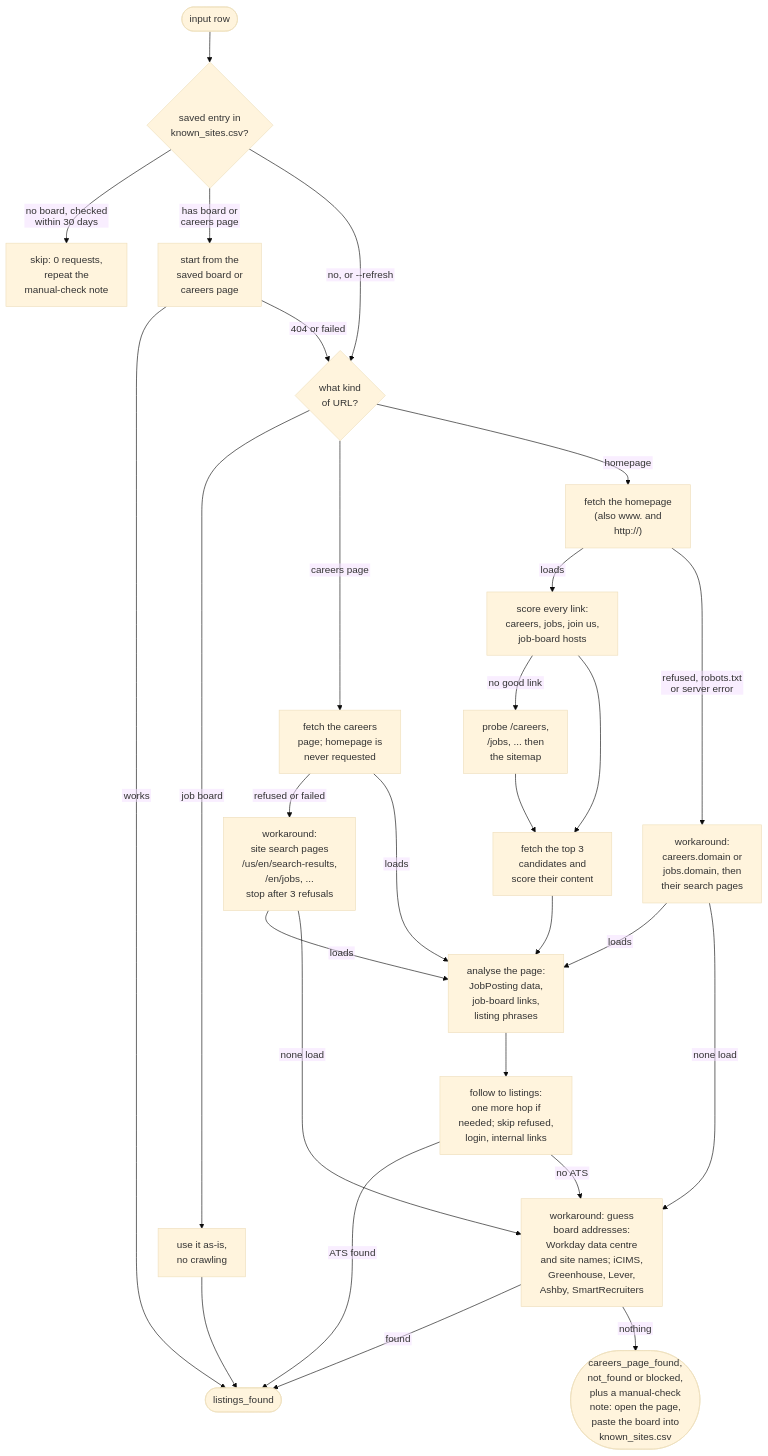
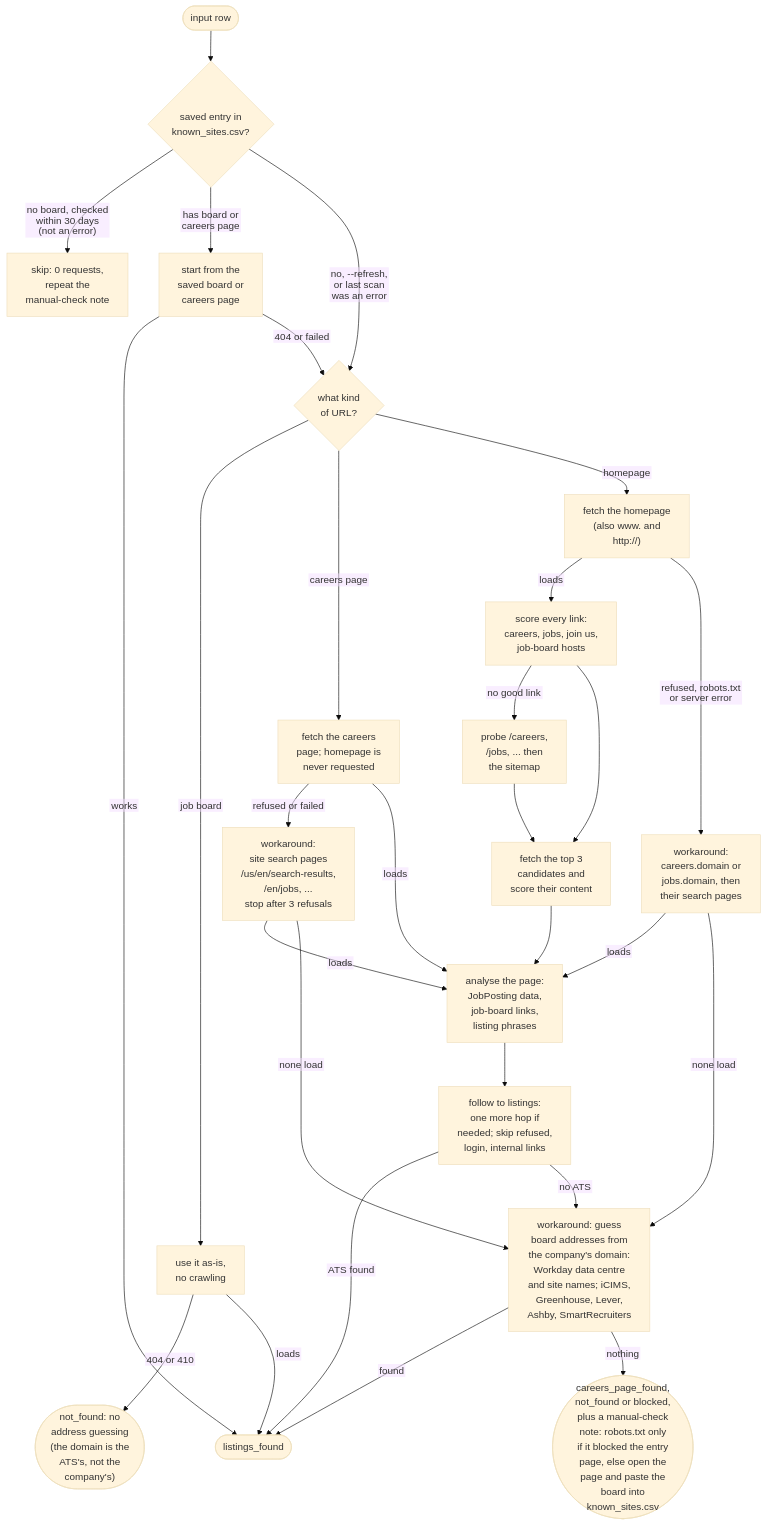
The second of 7 diagrams in ARCHITECTURE.md (gonzalou77/career-sifter), drawn with Mermaid (base theme) before and after one commit. The commit also changed other lines of this file and 10 other files, not shown here.

First line of the commit message:
Fix K-suffix pay ranges, ATS-domain board guessing, false closures, misleading robots note

````diff
--- a/ARCHITECTURE.md
+++ b/ARCHITECTURE.md
@@ -55,36 +55,37 @@
 ```mermaid
 %%{init: {"flowchart": {"htmlLabels": false}} }%%
 flowchart TD
     start(["input row"]) --> saved{"saved entry in<br/>known_sites.csv?"}
-    saved -->|"no board, checked<br/>within 30 days"| skip["skip: 0 requests,<br/>repeat the<br/>manual-check note"]
+    saved -->|"no board, checked<br/>within 30 days<br/>(not an error)"| skip["skip: 0 requests,<br/>repeat the<br/>manual-check note"]
     saved -->|"has board or<br/>careers page"| useSaved["start from the<br/>saved board or<br/>careers page"]
-    saved -->|"no, or --refresh"| kind{"what kind<br/>of URL?"}
+    saved -->|"no, --refresh,<br/>or last scan<br/>was an error"| kind{"what kind<br/>of URL?"}
     useSaved -->|works| done
     useSaved -->|"404 or failed"| kind
 
     kind -->|"job board"| board["use it as-is,<br/>no crawling"]
+    board -->|"404 or 410"| deadBoard(["not_found: no<br/>address guessing<br/>(the domain is the<br/>ATS's, not the<br/>company's)"])
     kind -->|"careers page"| careers["fetch the careers<br/>page; homepage is<br/>never requested"]
     kind -->|homepage| home["fetch the homepage<br/>(also www. and<br/>http://)"]
 
     careers -->|"refused or failed"| search["workaround:<br/>site search pages<br/>/us/en/search-results,<br/>/en/jobs, ...<br/>stop after 3 refusals"]
     search -->|loads| analyse
     search -->|"none load"| probe
     careers -->|loads| analyse
 
     home -->|loads| links["score every link:<br/>careers, jobs, join us,<br/>job-board hosts"]
     home -->|"refused, robots.txt<br/>or server error"| sub["workaround:<br/>careers.domain or<br/>jobs.domain, then<br/>their search pages"]
     sub -->|loads| analyse
     sub -->|"none load"| probe
     links -->|"no good link"| paths["probe /careers,<br/>/jobs, ... then<br/>the sitemap"]
     links --> verify["fetch the top 3<br/>candidates and<br/>score their content"]
     paths --> verify
     verify --> analyse["analyse the page:<br/>JobPosting data,<br/>job-board links,<br/>listing phrases"]
     analyse --> listings["follow to listings:<br/>one more hop if<br/>needed; skip refused,<br/>login, internal links"]
     listings -->|"ATS found"| done(["listings_found"])
     listings -->|"no ATS"| probe
 
-    probe["workaround: guess<br/>board addresses:<br/>Workday data centre<br/>and site names; iCIMS,<br/>Greenhouse, Lever,<br/>Ashby, SmartRecruiters"]
+    probe["workaround: guess<br/>board addresses from<br/>the company's domain:<br/>Workday data centre<br/>and site names; iCIMS,<br/>Greenhouse, Lever,<br/>Ashby, SmartRecruiters"]
     probe -->|found| done
-    probe -->|nothing| manual(["careers_page_found,<br/>not_found or blocked,<br/>plus a manual-check<br/>note: open the page,<br/>paste the board into<br/>known_sites.csv"])
-    board --> done
+    probe -->|nothing| manual(["careers_page_found,<br/>not_found or blocked,<br/>plus a manual-check<br/>note: robots.txt only<br/>if it blocked the entry<br/>page, else open the<br/>page and paste the<br/>board into<br/>known_sites.csv"])
+    board -->|loads| done
 ```
````
